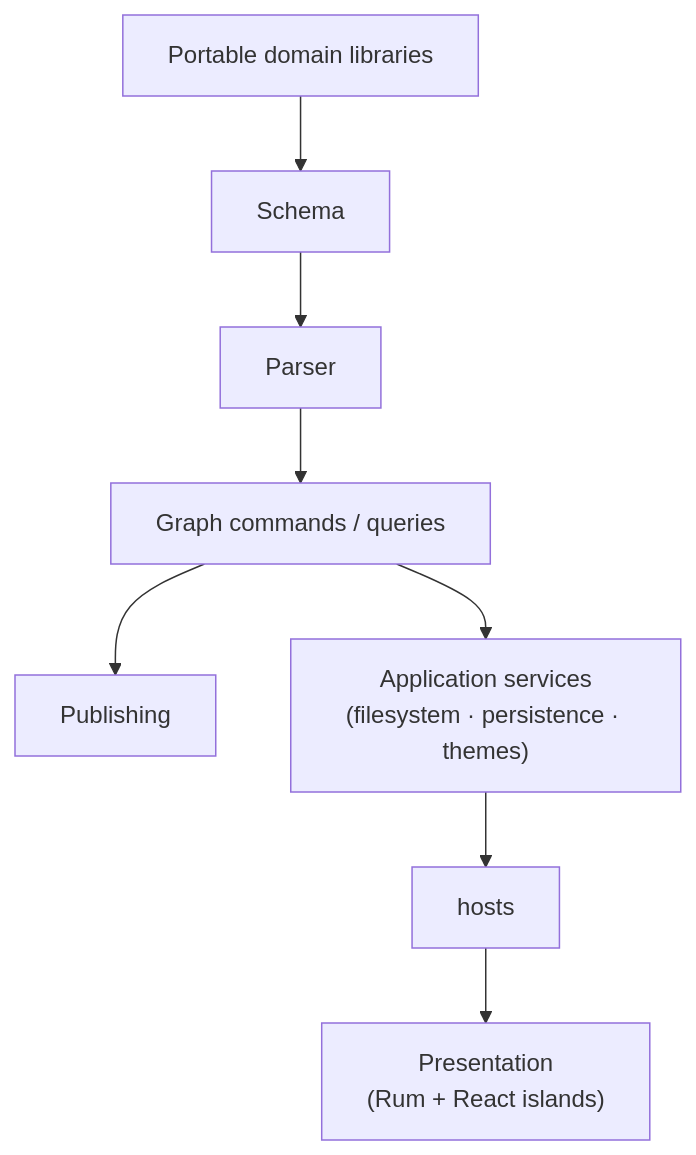
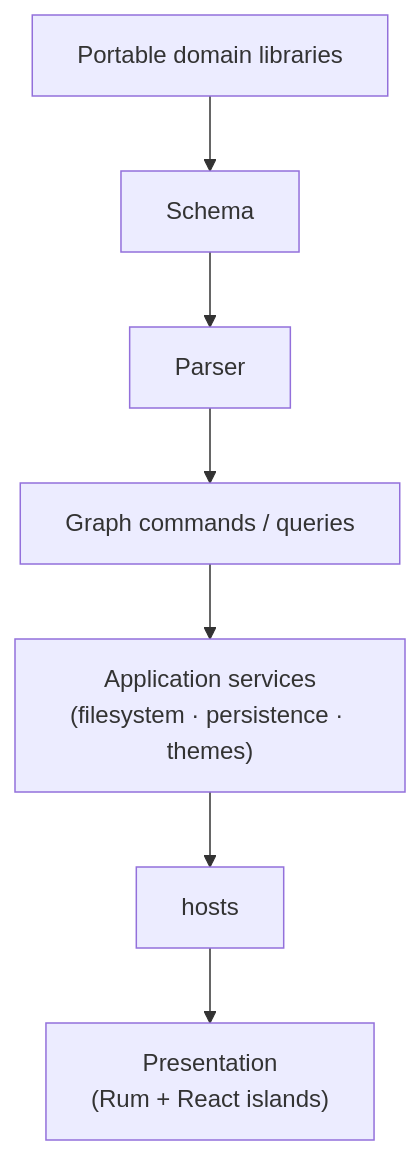
One commit to talal/logseq-og changed the diagram in docs/assessment.md. Above: the diagram before and after it, drawn with Mermaid. The commit also changed other lines of this file and 77 other files, not shown here.

````diff
--- a/docs/assessment.md
+++ b/docs/assessment.md
@@ -135,13 +135,12 @@
 ```mermaid
 flowchart TB
     domain["Portable domain libraries"]
     schema["Schema"]
     parser["Parser"]
     queries["Graph commands / queries"]
-    publishing["Publishing"]
     services["Application services<br>(filesystem · persistence · themes)"]
     presentation["Presentation<br>(Rum + React islands)"]
 
-    domain --> schema --> parser --> queries --> publishing
+    domain --> schema --> parser --> queries
     queries --> services --> hosts --> presentation
 ```
````
